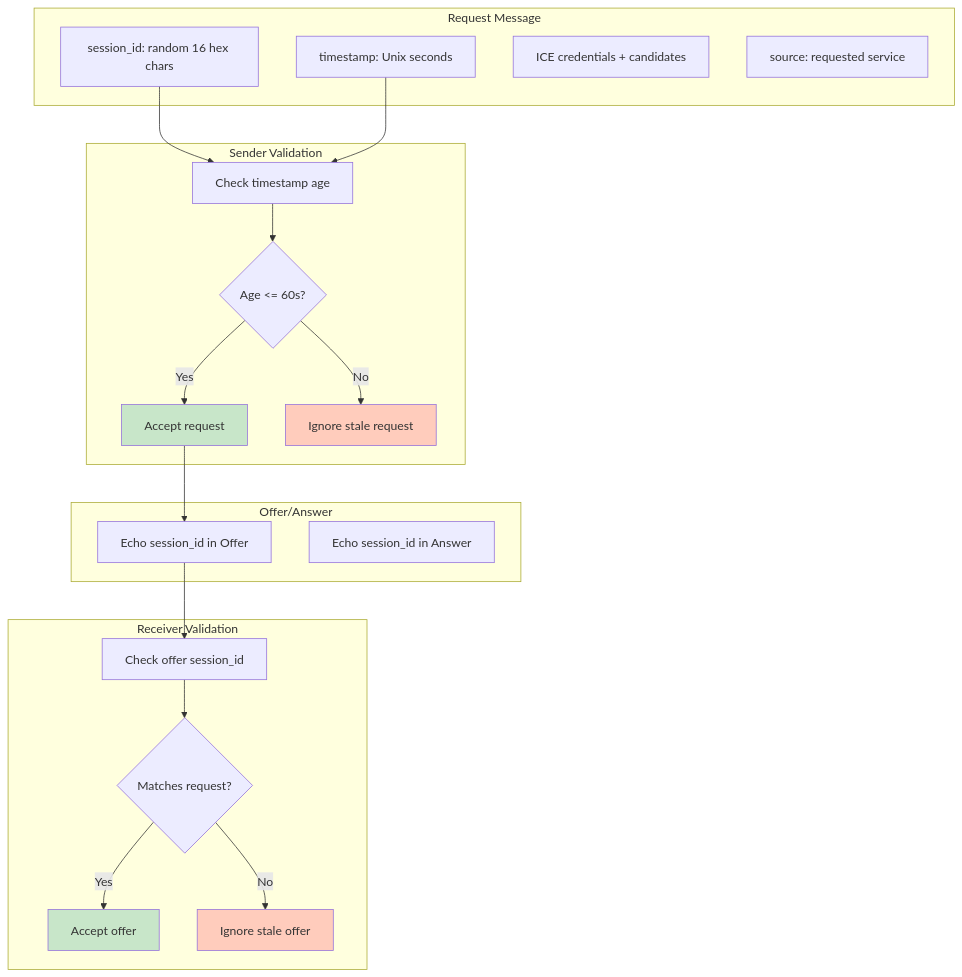
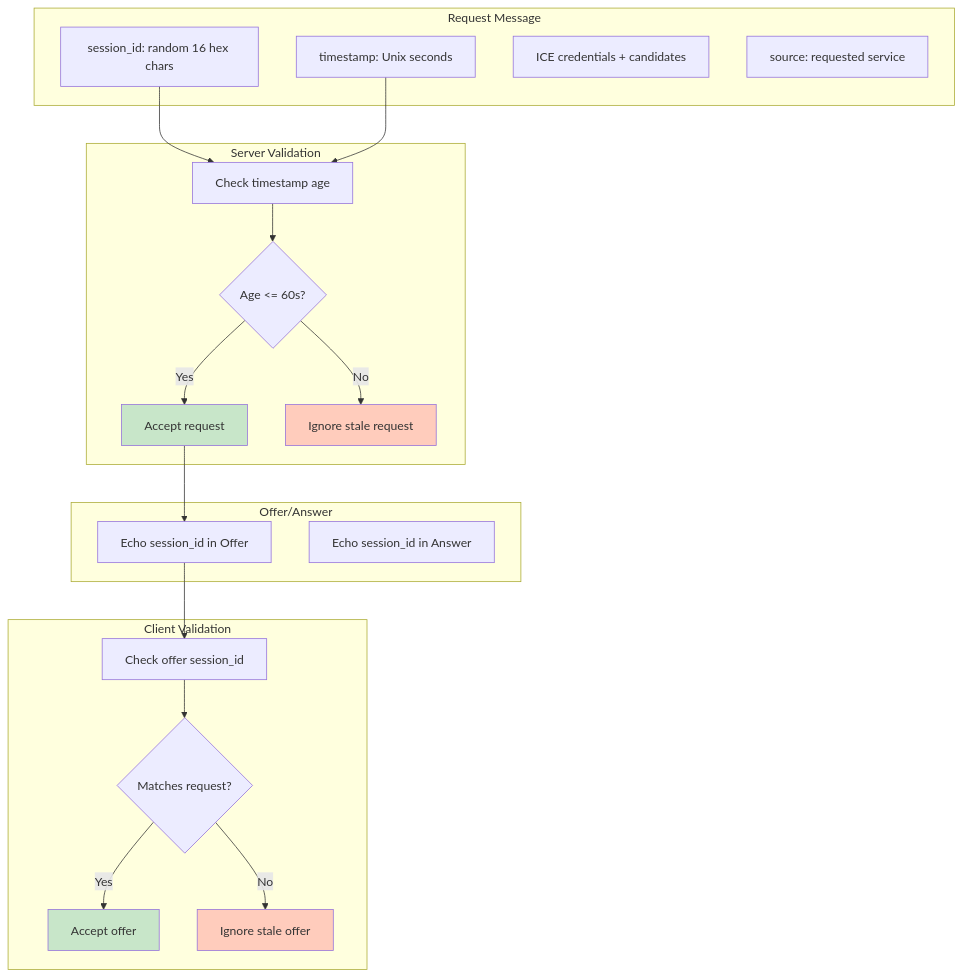
Before and after one commit to andrewtheguy/vpn-rs: diagram 20 of 35 in docs/ARCHITECTURE.md, drawn with Mermaid. The commit also changed other lines of this file, not shown here.

Commit message:
feat: update architecture documentation to reflect server-client terminology and clarify operational modes

````diff
--- a/docs/ARCHITECTURE.md
+++ b/docs/ARCHITECTURE.md
@@ -845,45 +845,45 @@
 ```mermaid
 graph TB
     subgraph "Request Message"
         A[session_id: random 16 hex chars]
         B[timestamp: Unix seconds]
         C[ICE credentials + candidates]
         C2[source: requested service]
     end
 
-    subgraph "Sender Validation"
+    subgraph "Server Validation"
         D[Check timestamp age]
         E{Age <= 60s?}
         F[Accept request]
         G[Ignore stale request]
     end
 
     subgraph "Offer/Answer"
         H[Echo session_id in Offer]
         I[Echo session_id in Answer]
     end
 
-    subgraph "Receiver Validation"
+    subgraph "Client Validation"
         J[Check offer session_id]
         K{Matches request?}
         L[Accept offer]
         M[Ignore stale offer]
     end
 
     A --> D
     B --> D
     D --> E
     E -->|Yes| F
     E -->|No| G
 
     F --> H
     H --> J
     J --> K
     K -->|Yes| L
     K -->|No| M
 
     style F fill:#C8E6C9
     style L fill:#C8E6C9
     style G fill:#FFCCBC
     style M fill:#FFCCBC
 ```
````
